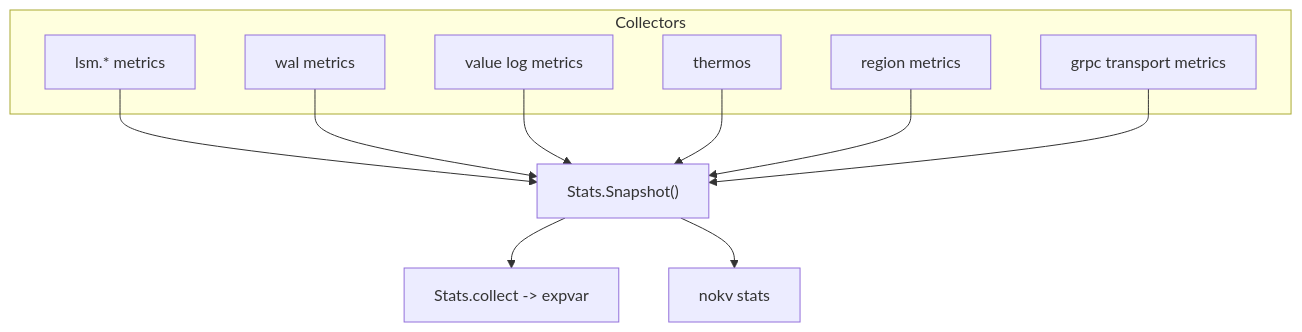
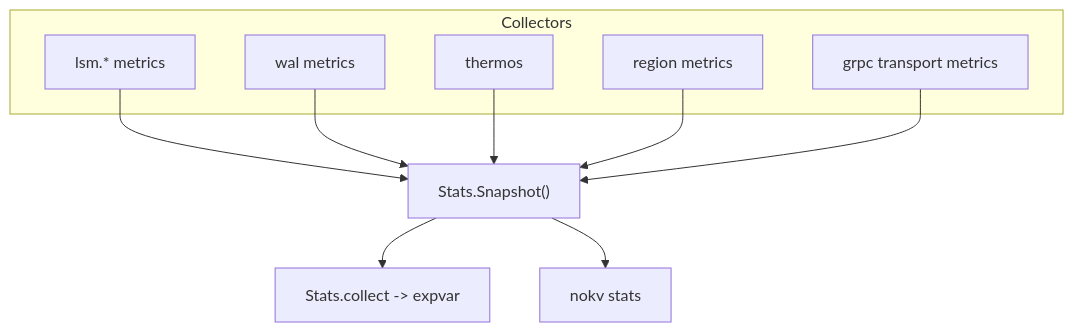
Before and after one commit to feichai0017/NoKV: the diagram in docs/stats.md, drawn with Mermaid. The commit also changed other lines of this file and 111 other files, not shown here.

First line of the commit message:
refactor(engine): remove value log

````diff
--- a/docs/stats.md
+++ b/docs/stats.md
@@ -15,19 +15,17 @@
 ```mermaid
 flowchart TD
     subgraph COLLECTORS["Collectors"]
         LSM["lsm.* metrics"]
         WAL["wal metrics"]
-        VLOG["value log metrics"]
         HOT["thermos"]
         REGION["region metrics"]
         TRANSPORT["grpc transport metrics"]
     end
     LSM --> SNAP["Stats.Snapshot()"]
     WAL --> SNAP
-    VLOG --> SNAP
     HOT --> SNAP
     REGION --> SNAP
     TRANSPORT --> SNAP
     SNAP --> EXP["Stats.collect -> expvar"]
     SNAP --> CLI["nokv stats"]
 ```
````
